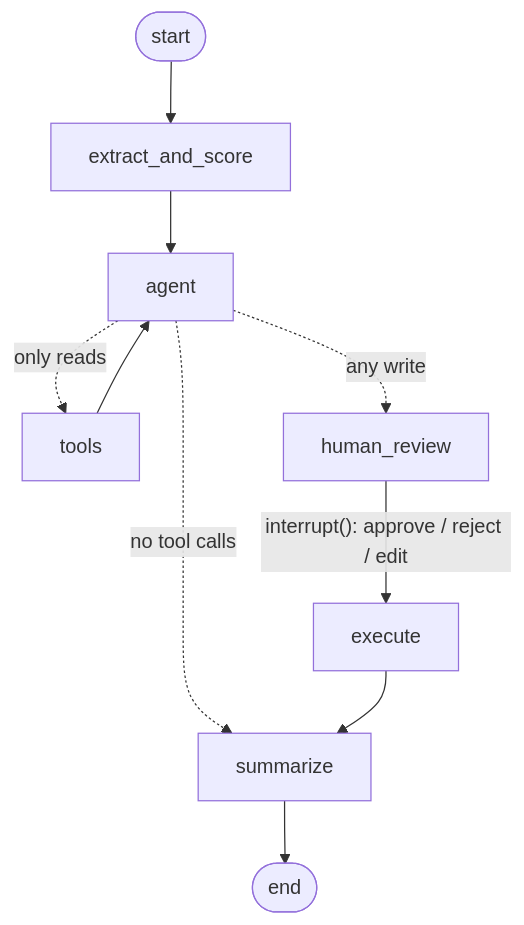
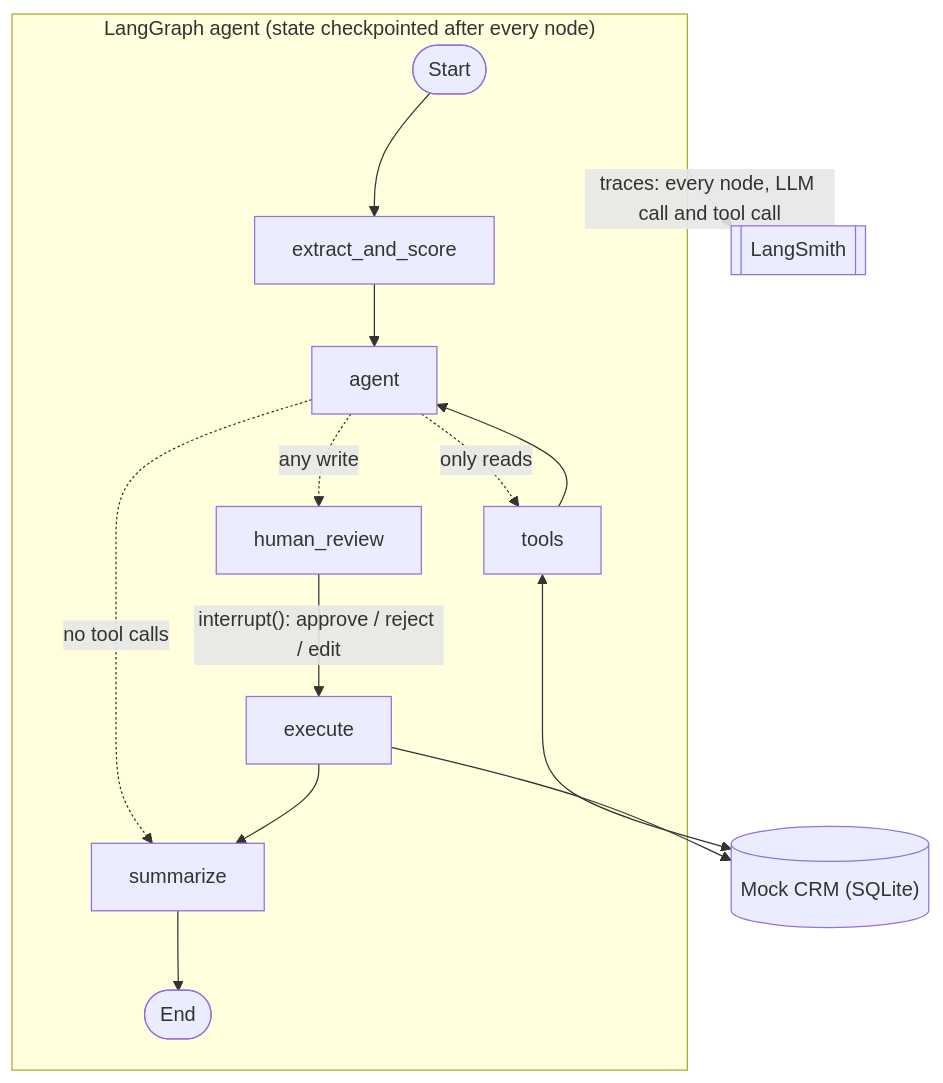
One commit to baksh07/switchboard-agents changed the diagram in README.md. Above: the diagram before and after it, drawn with Mermaid. The commit also changed other lines of this file, not shown here.

Commit message:
docs: show CRM and LangSmith tracing in architecture diagram

````diff
--- a/README.md
+++ b/README.md
@@ -57,12 +57,17 @@
 ```mermaid
 graph TD
-    START([start]) --> extract_and_score
-    extract_and_score --> agent
-    agent -. only reads .-> tools
-    tools --> agent
-    agent -. any write .-> human_review
-    agent -. no tool calls .-> summarize
-    human_review -->|"interrupt(): approve / reject / edit"| execute
-    execute --> summarize
-    summarize --> END([end])
+    subgraph agent_graph ["LangGraph agent (state checkpointed after every node)"]
+        START([Start]) --> extract_and_score
+        extract_and_score --> agent
+        agent -. only reads .-> tools
+        tools --> agent
+        agent -. any write .-> human_review
+        agent -. no tool calls .-> summarize
+        human_review -->|"interrupt(): approve / reject / edit"| execute
+        execute --> summarize
+        summarize --> END([End])
+    end
+    tools <--> crm[("Mock CRM (SQLite)")]
+    execute --> crm
+    agent_graph -. "traces: every node, LLM call and tool call" .-> langsmith[["LangSmith"]]
 ```
````
